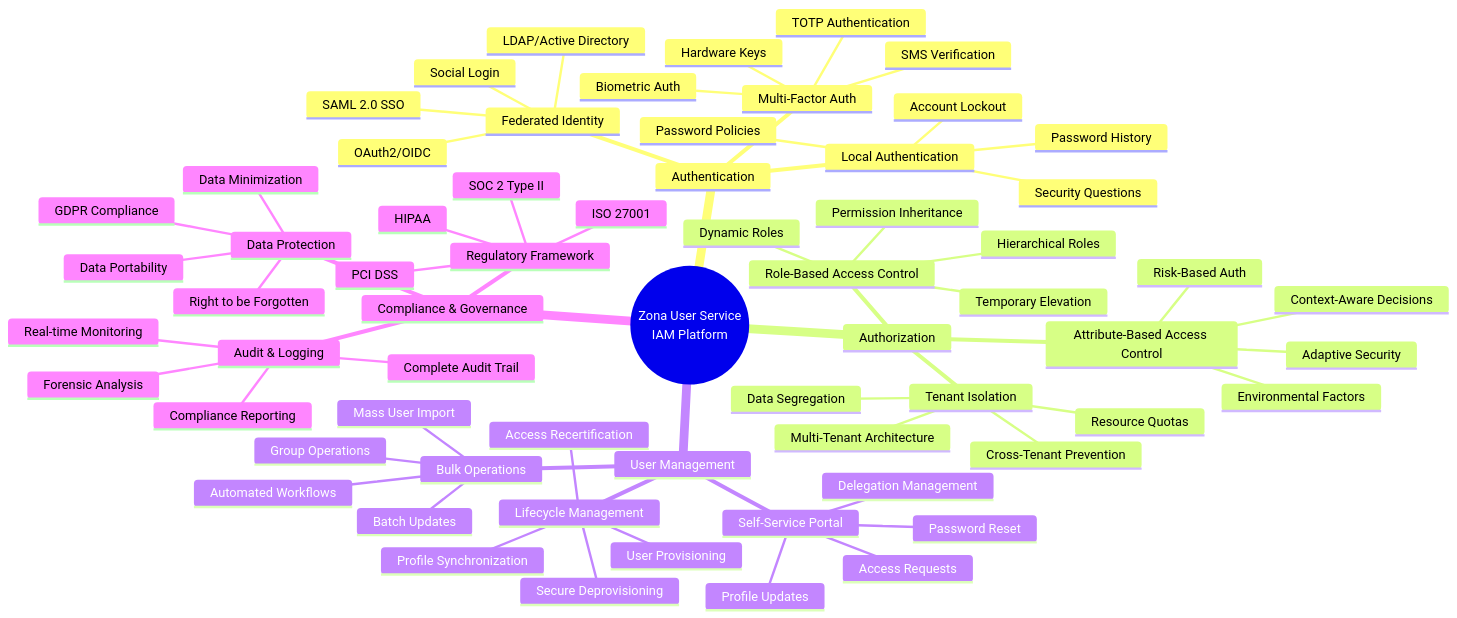
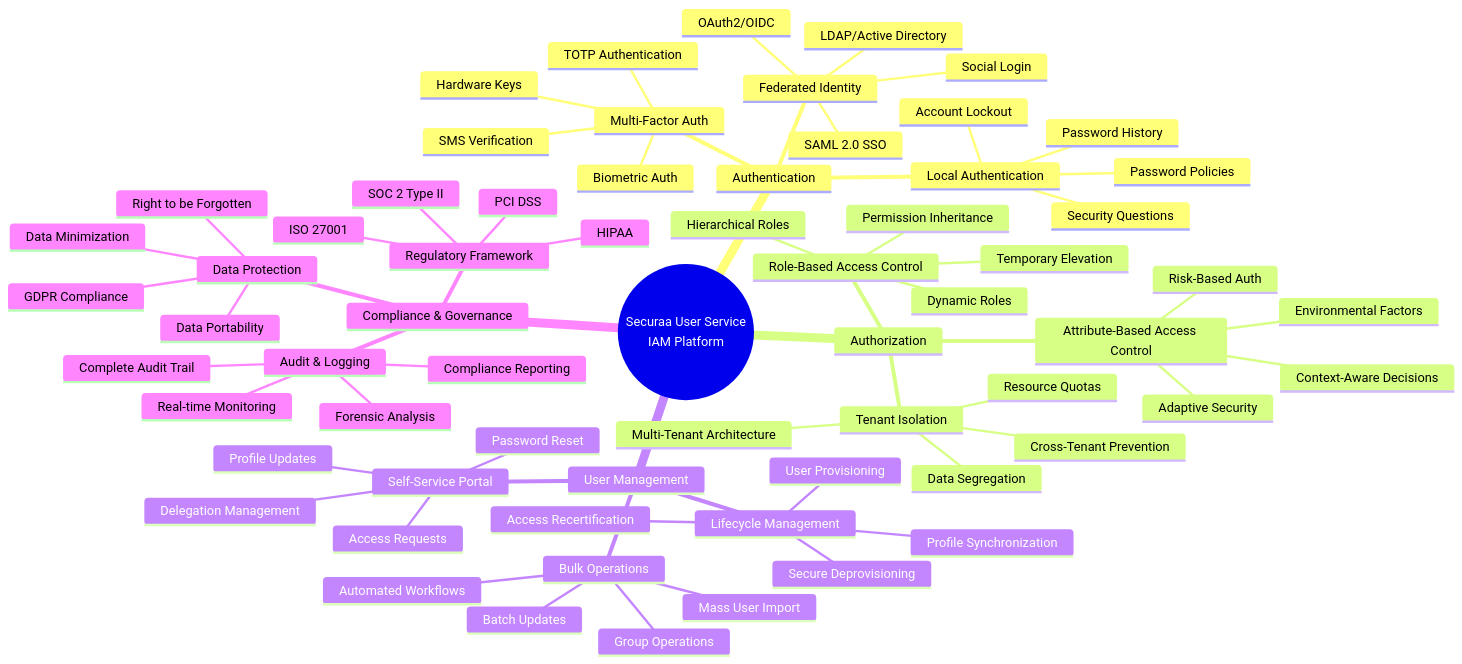
One commit to Vishwa0220/securaa-internal-documents changed the third of 14 diagrams in securaa-user-high-level-design.md. Above: the diagram before and after it, drawn with Mermaid. The commit also changed other lines of this file and 20 other files, not shown here.

Commit message:
Replace HLD/LLD abbreviations with full names and update all zona references to securaa

````diff
--- a/securaa-user-high-level-design.md
+++ b/securaa-user-high-level-design.md
@@ -197,68 +197,68 @@
 ```mermaid
 mindmap
-  root((Zona User Service<br/>IAM Platform))
+  root((Securaa User Service<br/>IAM Platform))
     Authentication
       Multi-Factor Auth
         TOTP Authentication
         SMS Verification
         Hardware Keys
         Biometric Auth
       Federated Identity
         SAML 2.0 SSO
         OAuth2/OIDC
         LDAP/Active Directory
         Social Login
       Local Authentication
         Password Policies
         Account Lockout
         Password History
         Security Questions
     Authorization
       Role-Based Access Control
         Hierarchical Roles
         Permission Inheritance
         Dynamic Roles
         Temporary Elevation
       Attribute-Based Access Control
         Context-Aware Decisions
         Environmental Factors
         Risk-Based Auth
         Adaptive Security
       Tenant Isolation
         Multi-Tenant Architecture
         Data Segregation
         Resource Quotas
         Cross-Tenant Prevention
     User Management
       Lifecycle Management
         User Provisioning
         Profile Synchronization
         Access Recertification
         Secure Deprovisioning
       Self-Service Portal
         Password Reset
         Profile Updates
         Access Requests
         Delegation Management
       Bulk Operations
         Mass User Import
         Batch Updates
         Group Operations
         Automated Workflows
     Compliance & Governance
       Audit & Logging
         Complete Audit Trail
         Real-time Monitoring
         Compliance Reporting
         Forensic Analysis
       Data Protection
         GDPR Compliance
         Data Minimization
         Right to be Forgotten
         Data Portability
       Regulatory Framework
         SOC 2 Type II
         ISO 27001
         HIPAA
         PCI DSS
 ```
````
